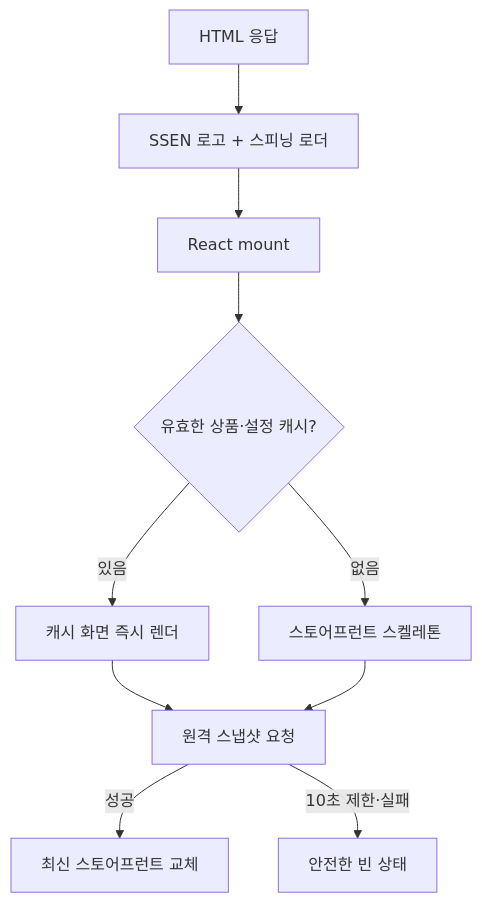
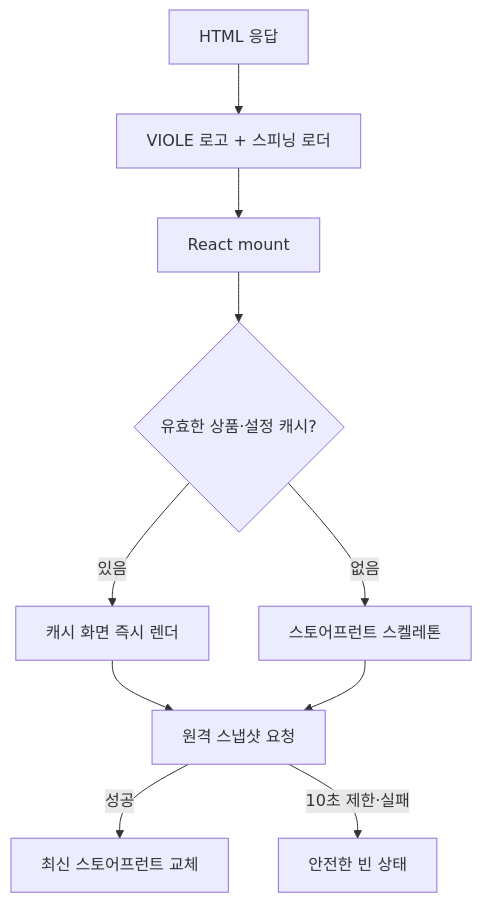
One commit to hwangsanghan0519/blog changed the seventh of 14 diagrams in README.md. Above: the diagram before and after it, drawn with Mermaid. The commit also changed other lines of this file and 27 other files, not shown here.

````diff
--- a/README.md
+++ b/README.md
@@ -234,12 +234,12 @@
 ```mermaid
 flowchart TD
-  A[HTML 응답] --> A1[SSEN 로고 + 스피닝 로더]
+  A[HTML 응답] --> A1[VIOLE 로고 + 스피닝 로더]
   A1 --> A2[React mount]
   A2 --> B{유효한 상품·설정 캐시?}
   B -->|있음| C[캐시 화면 즉시 렌더]
   B -->|없음| D[스토어프런트 스켈레톤]
   C --> E[원격 스냅샷 요청]
   D --> E
   E -->|성공| F[최신 스토어프런트 교체]
   E -->|10초 제한·실패| G[안전한 빈 상태]
 ```
````
